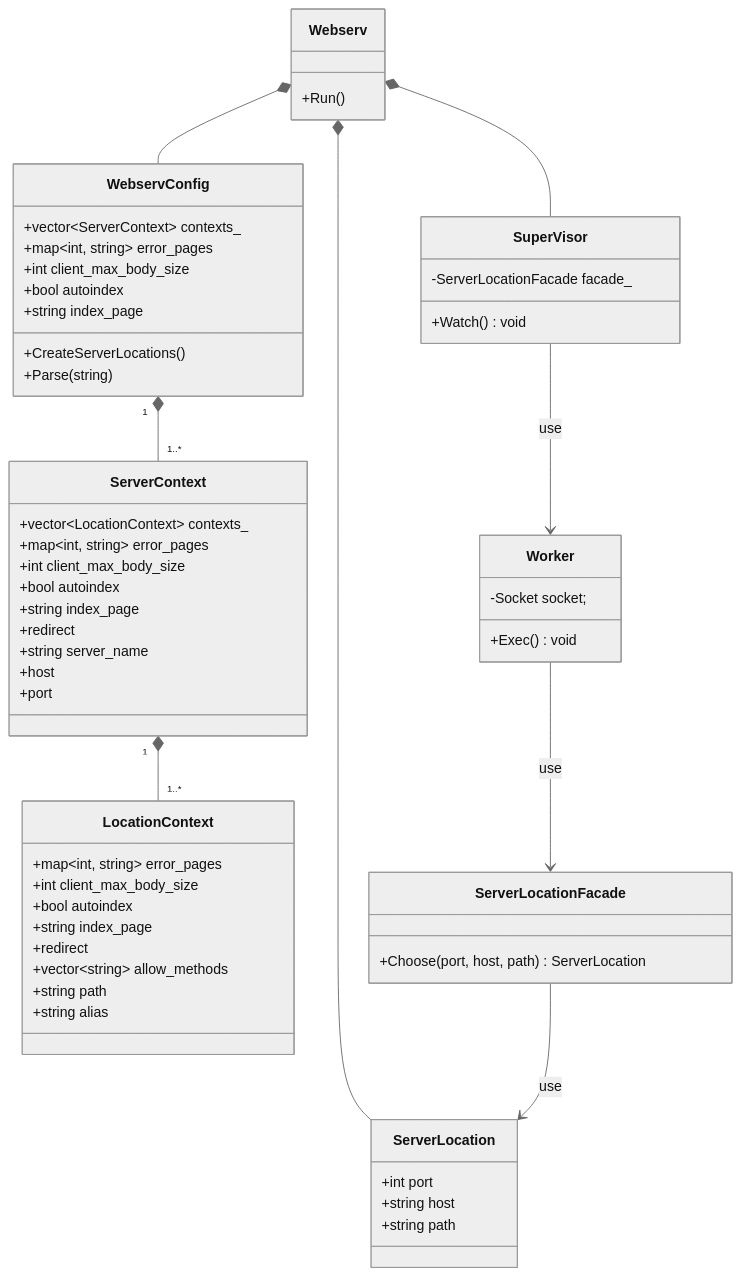
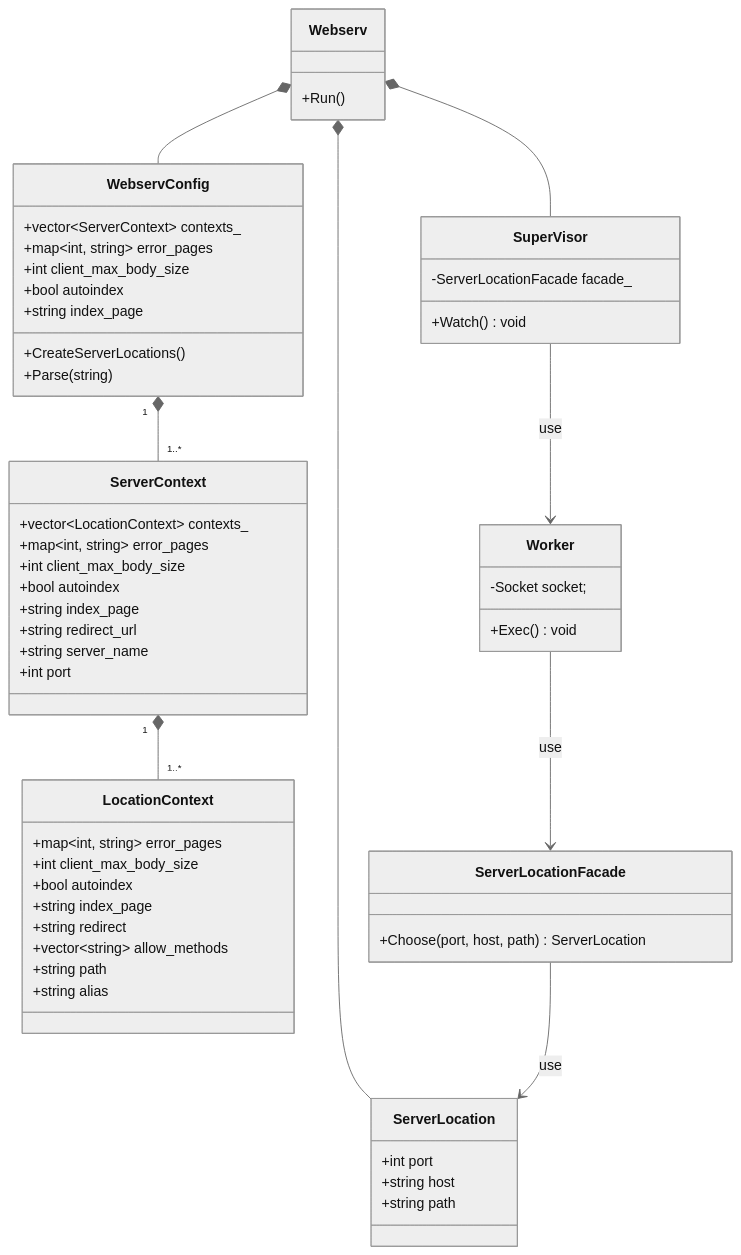
Before and after one commit to katataku/webserv: the diagram in docs/class/config_class.md, drawn with Mermaid (neutral theme).

Commit message:
fix: class図の修正

````diff
--- a/docs/class/config_class.md
+++ b/docs/class/config_class.md
@@ -1,76 +1,73 @@
 ```mermaid
 classDiagram
     Webserv *-- WebservConfig
     WebservConfig "1" *-- "1..*" ServerContext
     ServerContext "1" *-- "1..*" LocationContext
 
     Webserv *-- SuperVisor
     Webserv *-- ServerLocation
     SuperVisor --> Worker : use
     Worker --> ServerLocationFacade : use
     ServerLocationFacade --> ServerLocation: use
 
     class WebservConfig {
         +vector~ServerContext~ contexts_
         +map~int, string~ error_pages
         +int client_max_body_size
         +bool autoindex
         +string index_page
         +CreateServerLocations()
         +Parse(string)
     }
 
-    %% TODO: listenディレクトリは複数指定できるかを確認 %%
-    %% TODO: redirectの持ち方を検討 %%
     class ServerContext {
         +vector~LocationContext~ contexts_
         +map~int, string~ error_pages
         +int client_max_body_size
         +bool autoindex
         +string index_page
-        +redirect
+        +string redirect_url
         +string server_name
-        +host
-        +port
+        +int port
     }
 
     class LocationContext {
         +map~int, string~ error_pages
         +int client_max_body_size
         +bool autoindex
         +string index_page
-        +redirect
+        +string redirect
         +vector~string~ allow_methods
         +string path
         +string alias
     }
 
     class Webserv {
         +Run()
     }
 
     %% IO多重化とソケットクラスを生成してWorkerに処理を依頼するまでを担当する%%
     class SuperVisor {
         -ServerLocationFacade facade_
         +Watch() void
     }
 
     %% Socketを元に具体的な処理を担当する。 %%
     %% Requestを受け付けてResponseの返却をする %%
     class Worker {
         -Socket socket;
         +Exec() void
     }
 
     %% どのServerLocationを使用するかを決定する責務 %%
     class ServerLocationFacade {
         +Choose(port, host, path) ServerLocation
     }
 
     %% configを元に各locationごとの設定 %%
     class ServerLocation {
         +int port
         +string host
         +string path
     }
 ```
````
